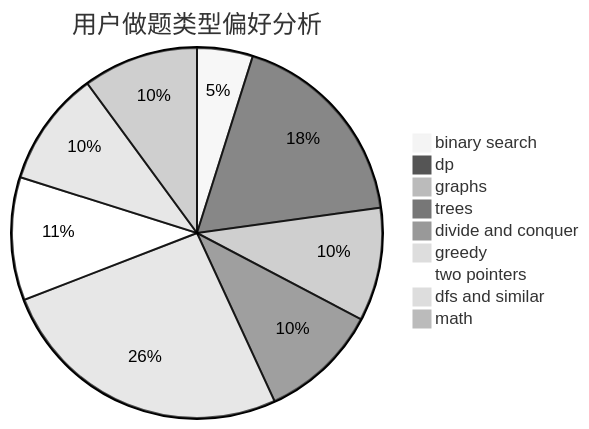
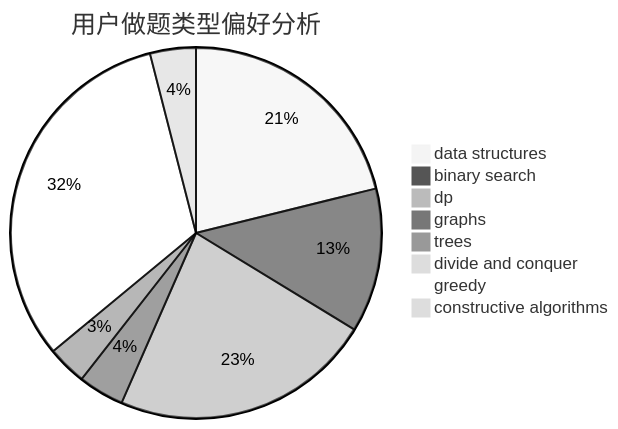
Before and after one commit to sherpahu/cfrs.github.io: the second of 3 diagrams in docs/user/u1666.md, drawn with Mermaid (neutral theme). The commit also changed other lines of this file and 2775 other files, not shown here.

````diff
--- a/docs/user/u1666.md
+++ b/docs/user/u1666.md
@@ -23,12 +23,11 @@
 ```mermaid
 pie title 用户做题类型偏好分析
-    "binary search" :  29
-    "dp" :  107
-    "graphs" :  59
-    "trees" :  62
+    "data structures" :  37
+    "binary search" :  22
+    "dp" :  40
+    "graphs" :  7
+    "trees" :  6
     "divide and conquer" :  0
-    "greedy" :  155
-    "two pointers" :  64
-    "dfs and similar" :  60
-    "math" :  60
+    "greedy" :  56
+    "constructive algorithms" :  7
 ```
````
